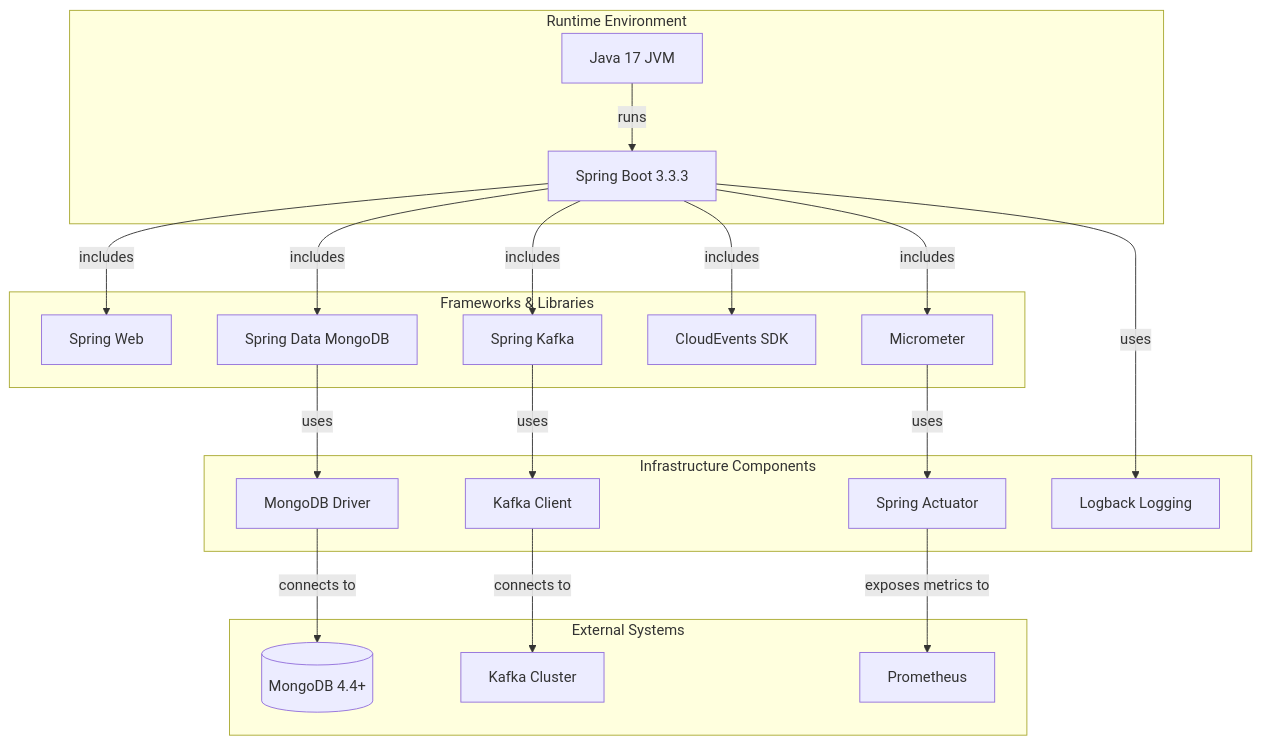
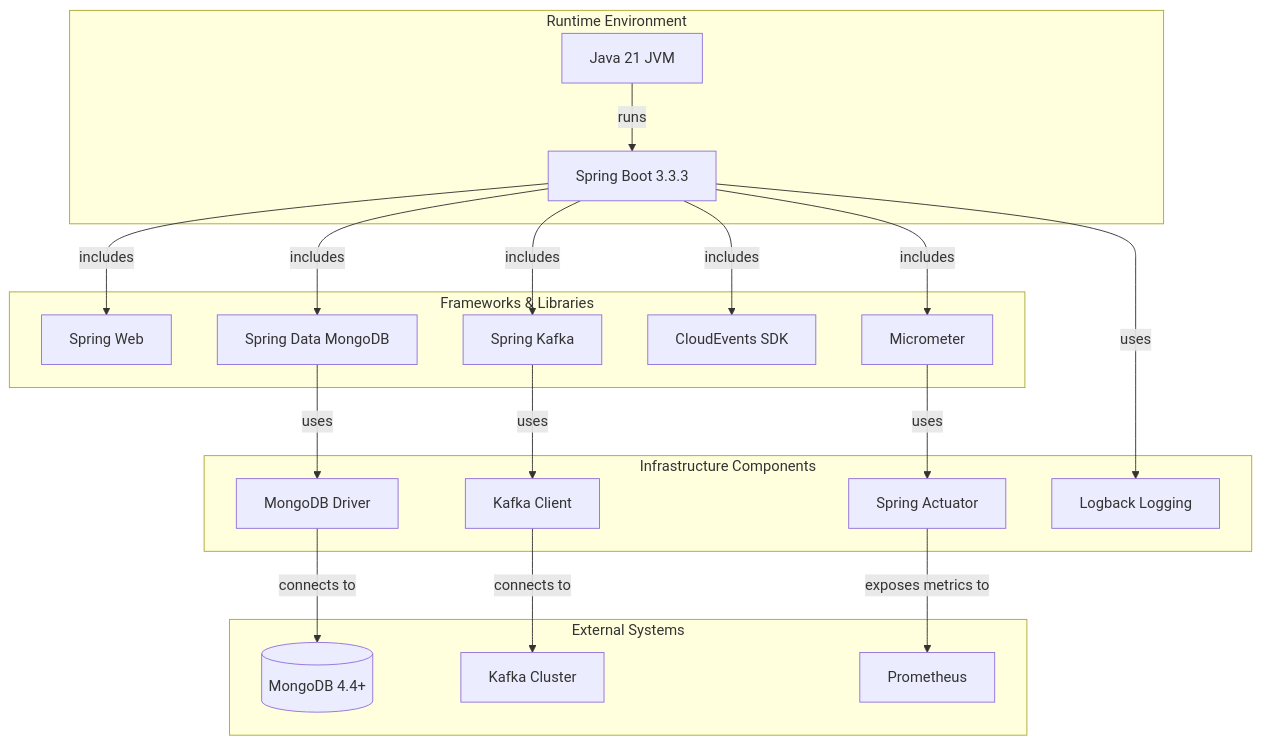
The fourth of 6 diagrams in docs/overall-architecture-diagram.md (paklog/order-management), drawn with Mermaid before and after one commit. The commit also changed 4 other files, not shown here.

````diff
--- a/docs/overall-architecture-diagram.md
+++ b/docs/overall-architecture-diagram.md
@@ -220,44 +220,44 @@
 ```mermaid
 graph TB
     subgraph "Runtime Environment"
-        JVM[Java 17 JVM]
+        JVM[Java 21 JVM]
         SPRING[Spring Boot 3.3.3]
     end
 
     subgraph "Frameworks & Libraries"
         SPRING_WEB[Spring Web]
         SPRING_DATA[Spring Data MongoDB]
         SPRING_KAFKA[Spring Kafka]
         CLOUD_EVENTS[CloudEvents SDK]
         MICROMETER[Micrometer]
     end
 
     subgraph "Infrastructure Components"
         MONGODB_DRIVER[MongoDB Driver]
         KAFKA_CLIENT[Kafka Client]
         ACTUATOR[Spring Actuator]
         LOGBACK[Logback Logging]
     end
 
     subgraph "External Systems"
         MONGO[(MongoDB 4.4+)]
         KAFKA_CLUSTER[Kafka Cluster]
         PROMETHEUS[Prometheus]
     end
 
     JVM -->|runs| SPRING
     SPRING -->|includes| SPRING_WEB
     SPRING -->|includes| SPRING_DATA
     SPRING -->|includes| SPRING_KAFKA
     SPRING -->|includes| CLOUD_EVENTS
     SPRING -->|includes| MICROMETER
 
     SPRING_DATA -->|uses| MONGODB_DRIVER
     SPRING_KAFKA -->|uses| KAFKA_CLIENT
     MICROMETER -->|uses| ACTUATOR
     SPRING -->|uses| LOGBACK
 
     MONGODB_DRIVER -->|connects to| MONGO
     KAFKA_CLIENT -->|connects to| KAFKA_CLUSTER
     ACTUATOR -->|exposes metrics to| PROMETHEUS
 ```
````
